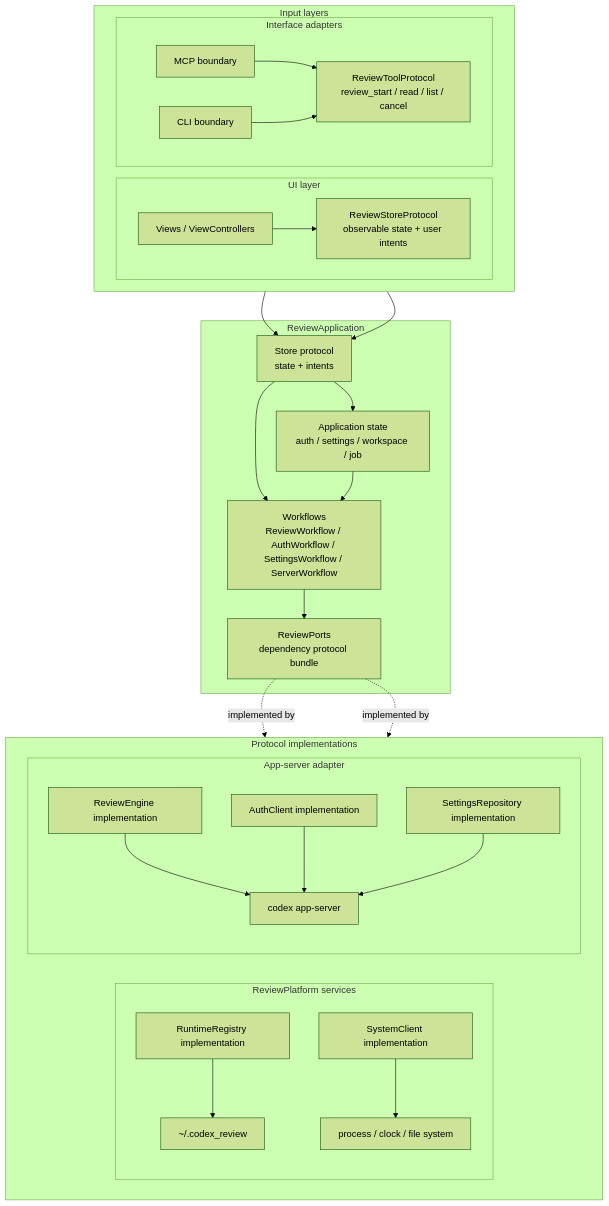
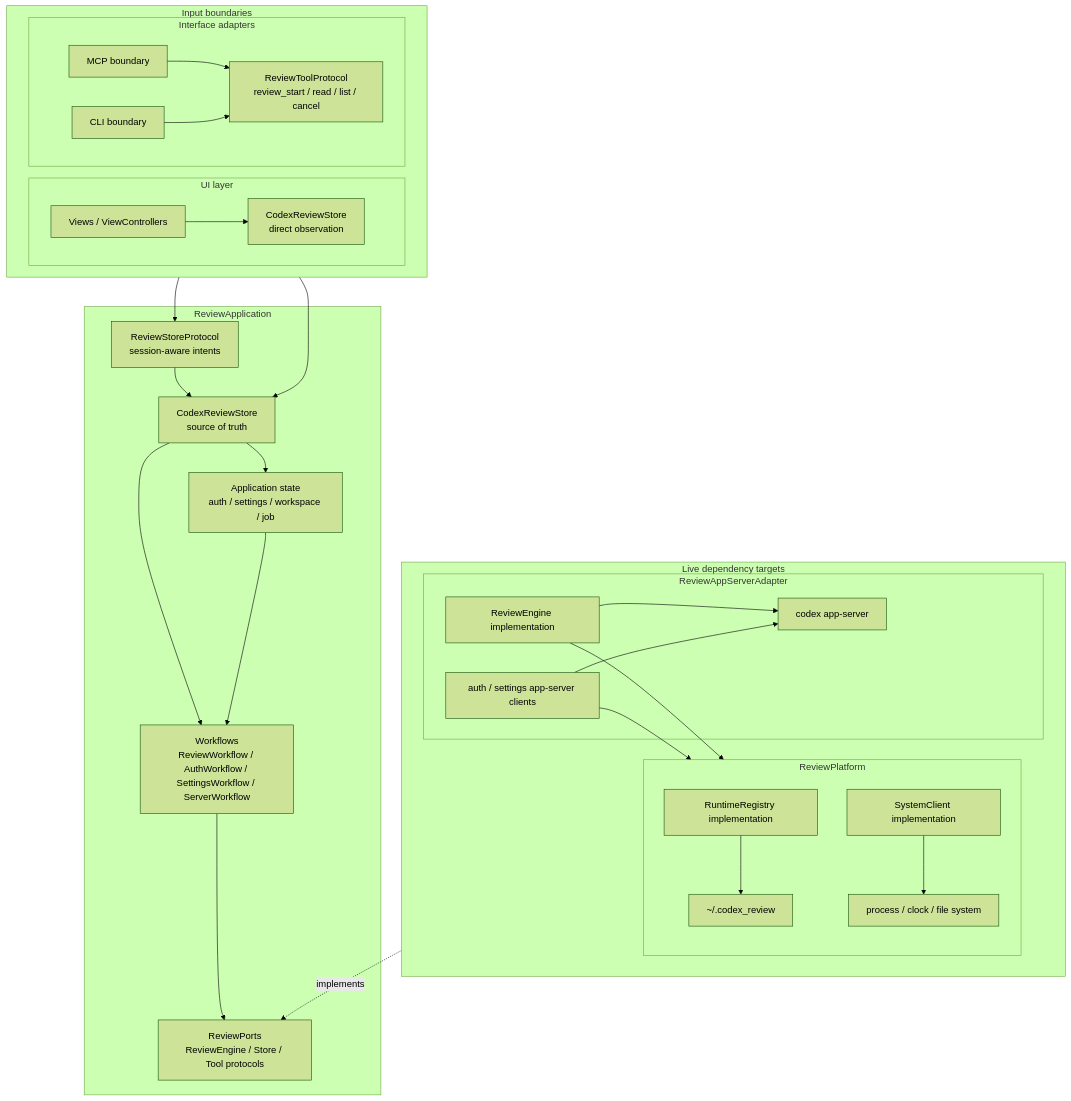
The first of 8 diagrams in Docs/architecture-overview.md (lynnswap/CodexReviewMCP), drawn with Mermaid (forest theme) before and after one commit. The commit also changed other lines of this file and 8 other files, not shown here.

Commit message:
refactor(ports): add review store and tool protocols

````diff
--- a/Docs/architecture-overview.md
+++ b/Docs/architecture-overview.md
@@ -15,60 +14,61 @@
 ```mermaid
 flowchart TB
-    subgraph Inputs["Input layers"]
+    subgraph Inputs["Input boundaries"]
         direction LR
         subgraph UI["UI layer"]
             ViewLayer["Views / ViewControllers"]
-            StorePort["ReviewStoreProtocol<br/>observable state + user intents"]
+            StoreObservation["CodexReviewStore<br/>direct observation"]
         end
 
         subgraph Adapter["Interface adapters"]
             MCPBoundary["MCP boundary"]
             CLIBoundary["CLI boundary"]
             ToolPort["ReviewToolProtocol<br/>review_start / read / list / cancel"]
         end
     end
 
     subgraph App["ReviewApplication"]
-        StoreProtocol["Store protocol<br/>state + intents"]
+        StoreProtocol["ReviewStoreProtocol<br/>session-aware intents"]
+        Store["CodexReviewStore<br/>source of truth"]
         AppState["Application state<br/>auth / settings / workspace / job"]
         Workflows["Workflows<br/>ReviewWorkflow / AuthWorkflow / SettingsWorkflow / ServerWorkflow"]
-        Dependencies["ReviewPorts<br/>dependency protocol bundle"]
+        Dependencies["ReviewPorts<br/>ReviewEngine / Store / Tool protocols"]
     end
 
-    subgraph Implementations["Protocol implementations"]
+    subgraph Implementations["Live dependency targets"]
         direction LR
-        subgraph Platform["ReviewPlatform services"]
+        subgraph Platform["ReviewPlatform"]
             RuntimeRegistryImpl["RuntimeRegistry implementation"]
             SystemClientImpl["SystemClient implementation"]
             Files["~/.codex_review"]
             Process["process / clock / file system"]
         end
 
-        subgraph AppServer["App-server adapter"]
+        subgraph AppServer["ReviewAppServerAdapter"]
             ReviewEngineImpl["ReviewEngine implementation"]
-            AuthClientImpl["AuthClient implementation"]
-            SettingsRepoImpl["SettingsRepository implementation"]
+            AuthSettingsImpl["auth / settings app-server clients"]
             Codex["codex app-server"]
         end
     end
 
-    ViewLayer --> StorePort
+    ViewLayer --> StoreObservation
     MCPBoundary --> ToolPort
     CLIBoundary --> ToolPort
 
-    StorePort --> StoreProtocol
+    StoreObservation --> Store
     ToolPort --> StoreProtocol
-    StoreProtocol --> AppState
-    StoreProtocol --> Workflows
+    StoreProtocol --> Store
+    Store --> AppState
+    Store --> Workflows
     AppState --> Workflows
     Workflows --> Dependencies
 
-    Dependencies -.->|implemented by| AppServer
-    Dependencies -.->|implemented by| Platform
+    ReviewEngineImpl -.->|implements| Dependencies
 
     ReviewEngineImpl --> Codex
-    AuthClientImpl --> Codex
-    SettingsRepoImpl --> Codex
+    AuthSettingsImpl --> Codex
+    ReviewEngineImpl --> Platform
+    AuthSettingsImpl --> Platform
     RuntimeRegistryImpl --> Files
     SystemClientImpl --> Process
 ```
````
